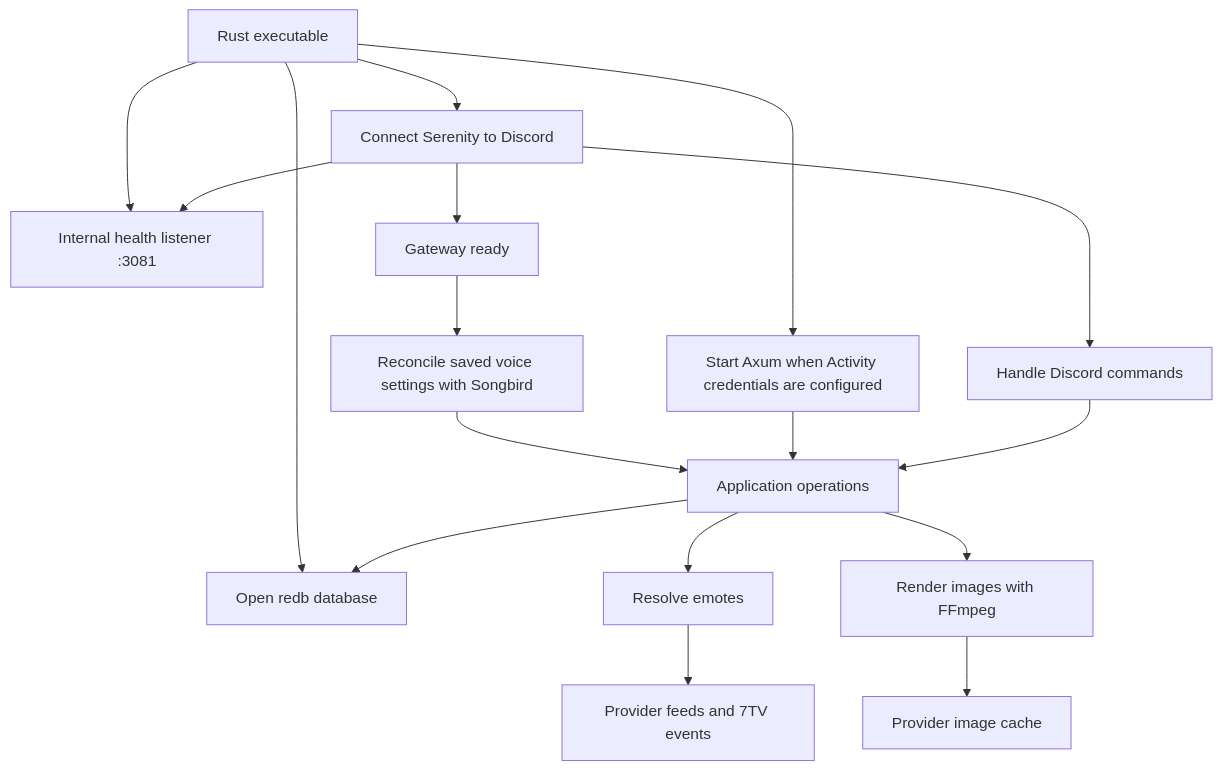
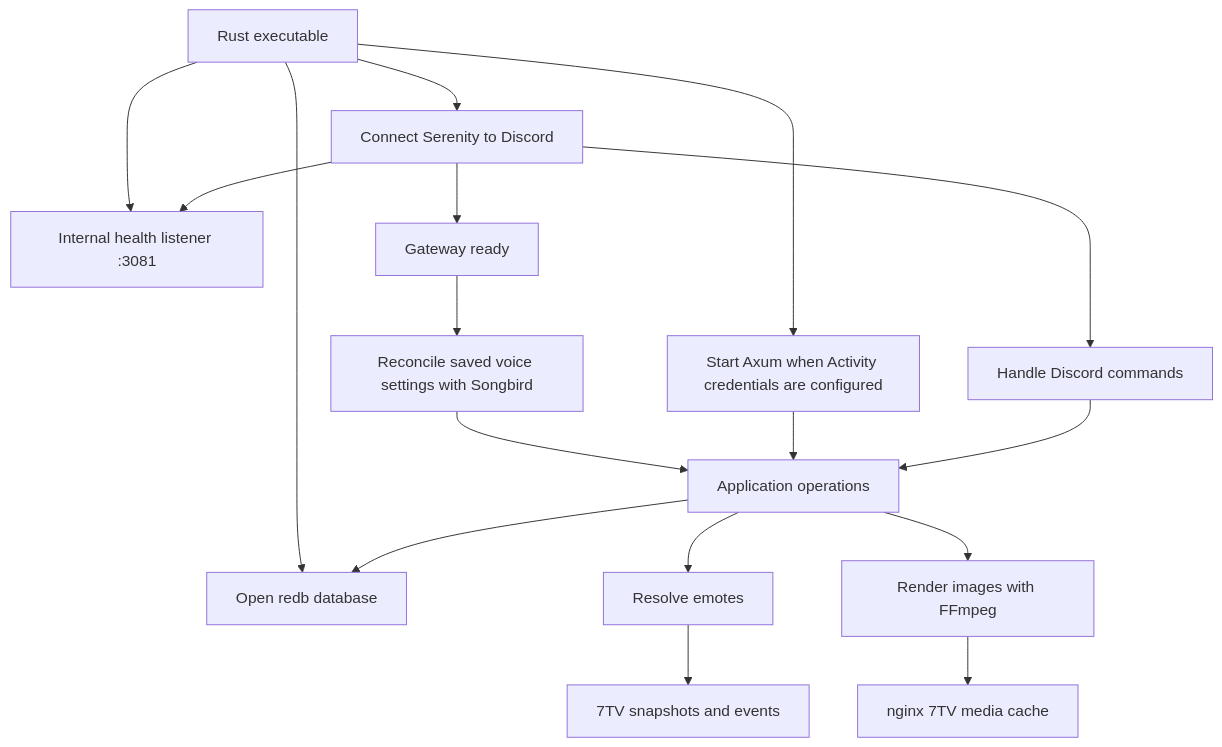
One commit to MrewyOrg/Botge changed the first of 3 diagrams in docs/ARCHITECTURE.md. Above: the diagram before and after it, drawn with Mermaid. The commit also changed other lines of this file and 14 other files, not shown here.

First line of the commit message:
docs(architecture): render every diagram from Mermaid in a new dark style

````diff
--- a/docs/ARCHITECTURE.md
+++ b/docs/ARCHITECTURE.md
@@ -31,19 +45,19 @@
 ```mermaid
 flowchart TD
     Start["Rust executable"] --> Store["Open redb database"]
     Start --> Discord["Connect Serenity to Discord"]
     Start --> API["Start Axum when Activity credentials are configured"]
     Start --> Health["Internal health listener :3081"]
     Discord --> Health
     Discord --> Ready["Gateway ready"]
     Ready --> Voice["Reconcile saved voice settings with Songbird"]
     App["Application operations"] --> Store
     Voice --> App
     API --> App
     Discord --> Commands["Handle Discord commands"]
     Commands --> App
     App --> Catalog["Resolve emotes"]
     App --> Renderer["Render images with FFmpeg"]
-    Catalog --> Providers["Provider feeds and 7TV events"]
-    Renderer --> Cache["Provider image cache"]
+    Catalog --> Feeds["7TV snapshots and events"]
+    Renderer --> Cache["nginx 7TV media cache"]
 ```
````
